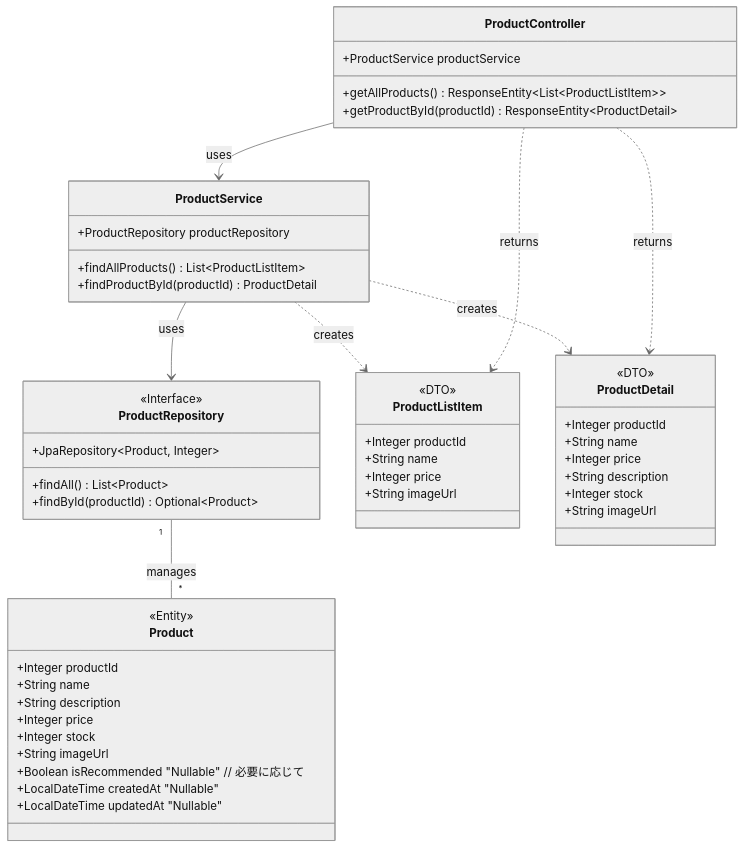
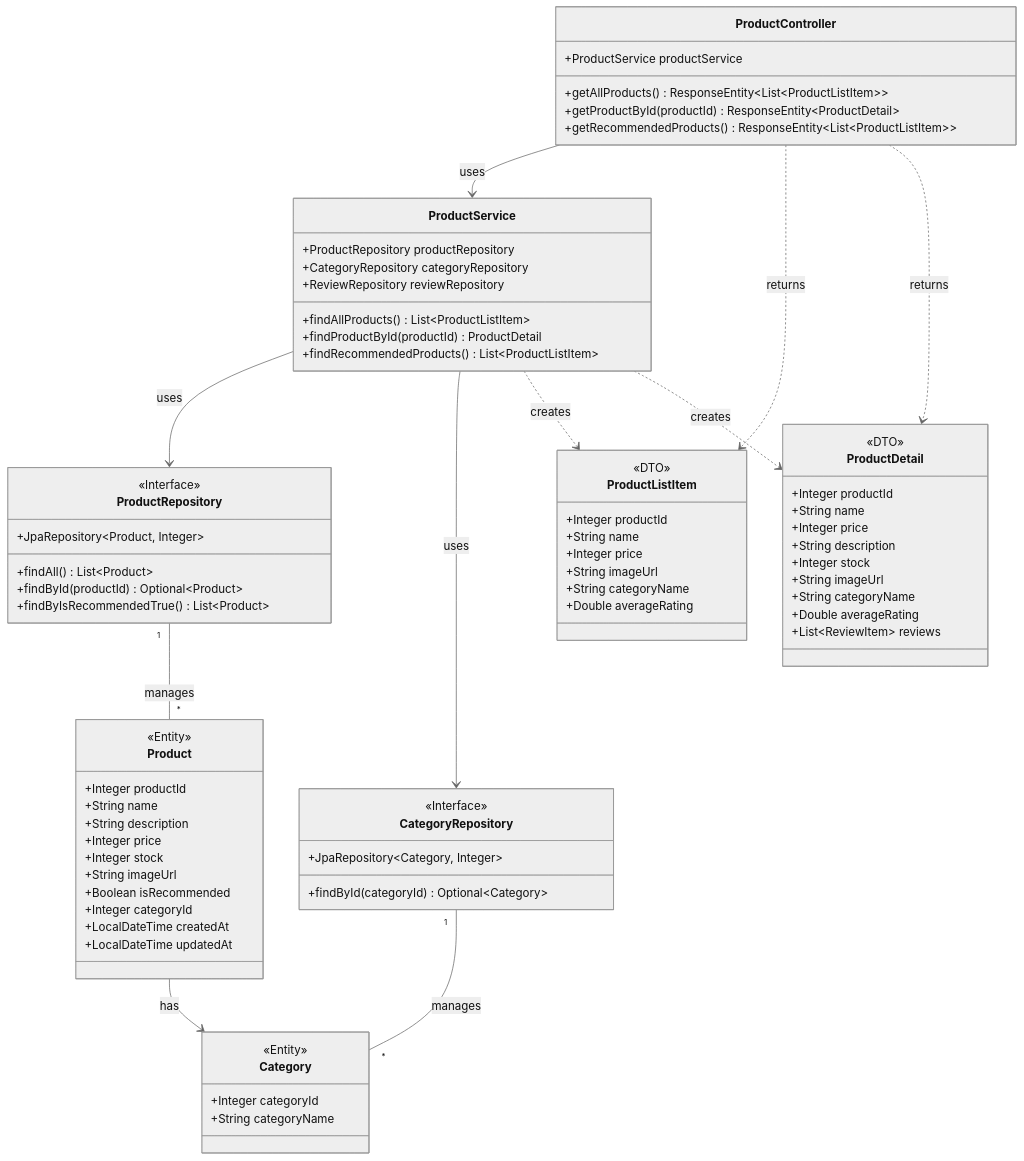
Diagram 11 of 15 in 詳細設計/詳細設計書の例（必須機能のみ）.md (natsumiumeda/Jobs), drawn with Mermaid (neutral theme) before and after one commit. The commit also changed other lines of this file, not shown here.

```diff
--- a/詳細設計/詳細設計書の例（必須機能のみ）.md
+++ b/詳細設計/詳細設計書の例（必須機能のみ）.md
@@ -533,18 +532,33 @@
         +ProductService productService
         +getAllProducts() ResponseEntity~List~ProductListItem~~
         +getProductById(productId) ResponseEntity~ProductDetail~
+        +getRecommendedProducts() ResponseEntity~List~ProductListItem~~
     }
+
     class ProductService {
         +ProductRepository productRepository
+        +CategoryRepository categoryRepository
+        +ReviewRepository reviewRepository
         +findAllProducts() List~ProductListItem~
         +findProductById(productId) ProductDetail
+        +findRecommendedProducts() List~ProductListItem~
     }
+
     class ProductRepository {
         <<Interface>>
         +JpaRepository~Product, Integer~
         +findAll() List~Product~
         +findById(productId) Optional~Product~
+        +findByIsRecommendedTrue() List~Product~
     }
+
+    class CategoryRepository {
+        <<Interface>>
+        +JpaRepository~Category, Integer~
+        +findById(categoryId) Optional~Category~
+    }
+
+    
     class Product {
         <<Entity>>
         +Integer productId
@@ -553,17 +567,30 @@
         +Integer price
         +Integer stock
         +String imageUrl
-        +Boolean isRecommended "Nullable" // 必要に応じて
-        +LocalDateTime createdAt "Nullable"
-        +LocalDateTime updatedAt "Nullable"
+        +Boolean isRecommended
+        +Integer categoryId
+        +LocalDateTime createdAt
+        +LocalDateTime updatedAt
     }
+
+    class Category {
+        <<Entity>>
+        +Integer categoryId
+        +String categoryName
+    }
+
+    
+
     class ProductListItem {
         <<DTO>>
         +Integer productId
         +String name
         +Integer price
         +String imageUrl
+        +String categoryName
+        +Double averageRating
     }
+
     class ProductDetail {
         <<DTO>>
         +Integer productId
@@ -572,13 +599,28 @@
         +String description
         +Integer stock
         +String imageUrl
+        +String categoryName
+        +Double averageRating
+        +List~ReviewItem~ reviews
     }
 
+   
     ProductController --> ProductService : uses
     ProductService --> ProductRepository : uses
+    ProductService --> CategoryRepository : uses
+    
+
     ProductRepository "1" -- "*" Product : manages
+    CategoryRepository "1" -- "*" Category : manages
+    
+
+    Product --> Category : has
+   
+
     ProductService ..> ProductListItem : creates
     ProductService ..> ProductDetail : creates
+    
+
     ProductController ..> ProductListItem : returns
     ProductController ..> ProductDetail : returns
 </div>
```
